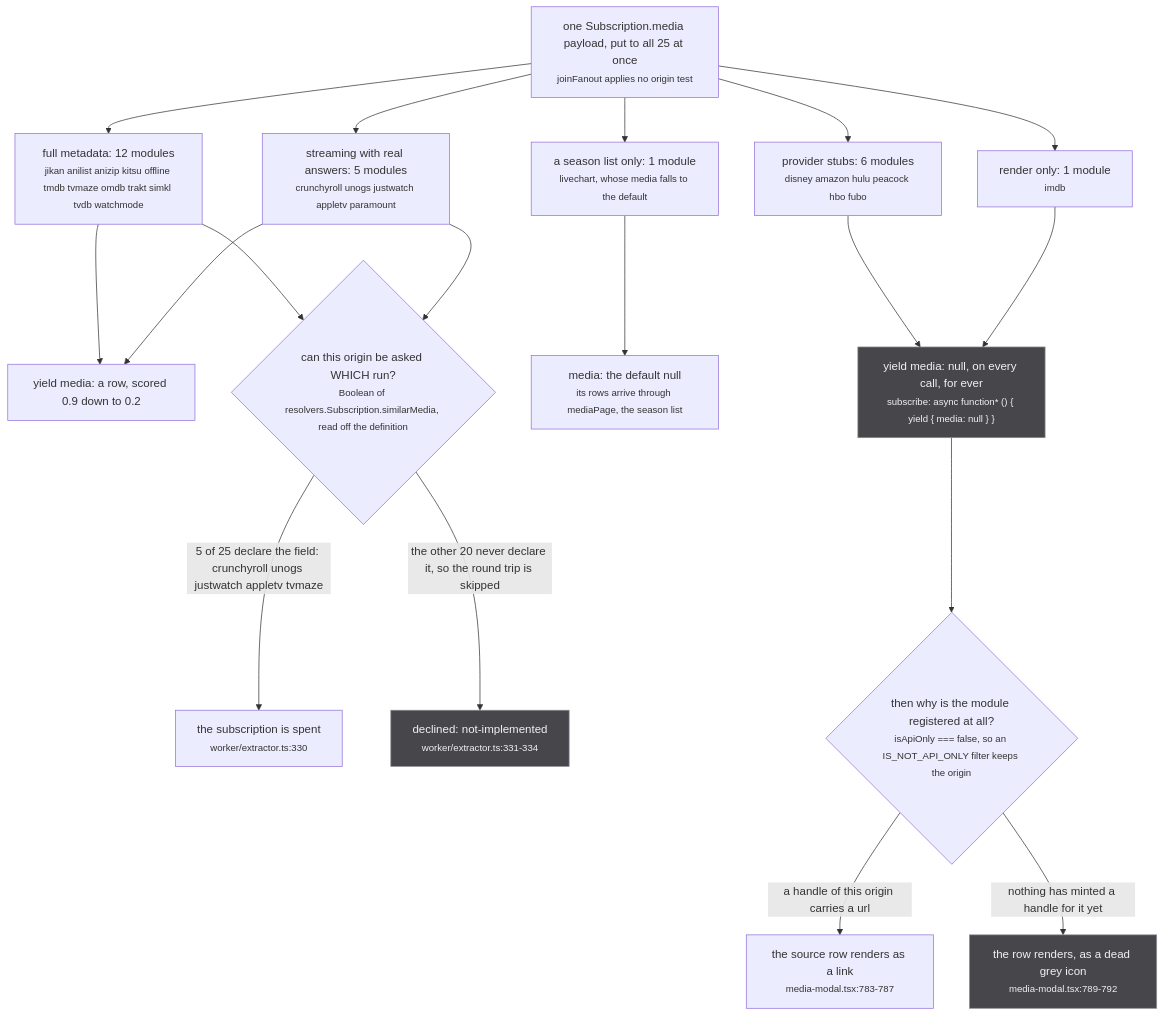
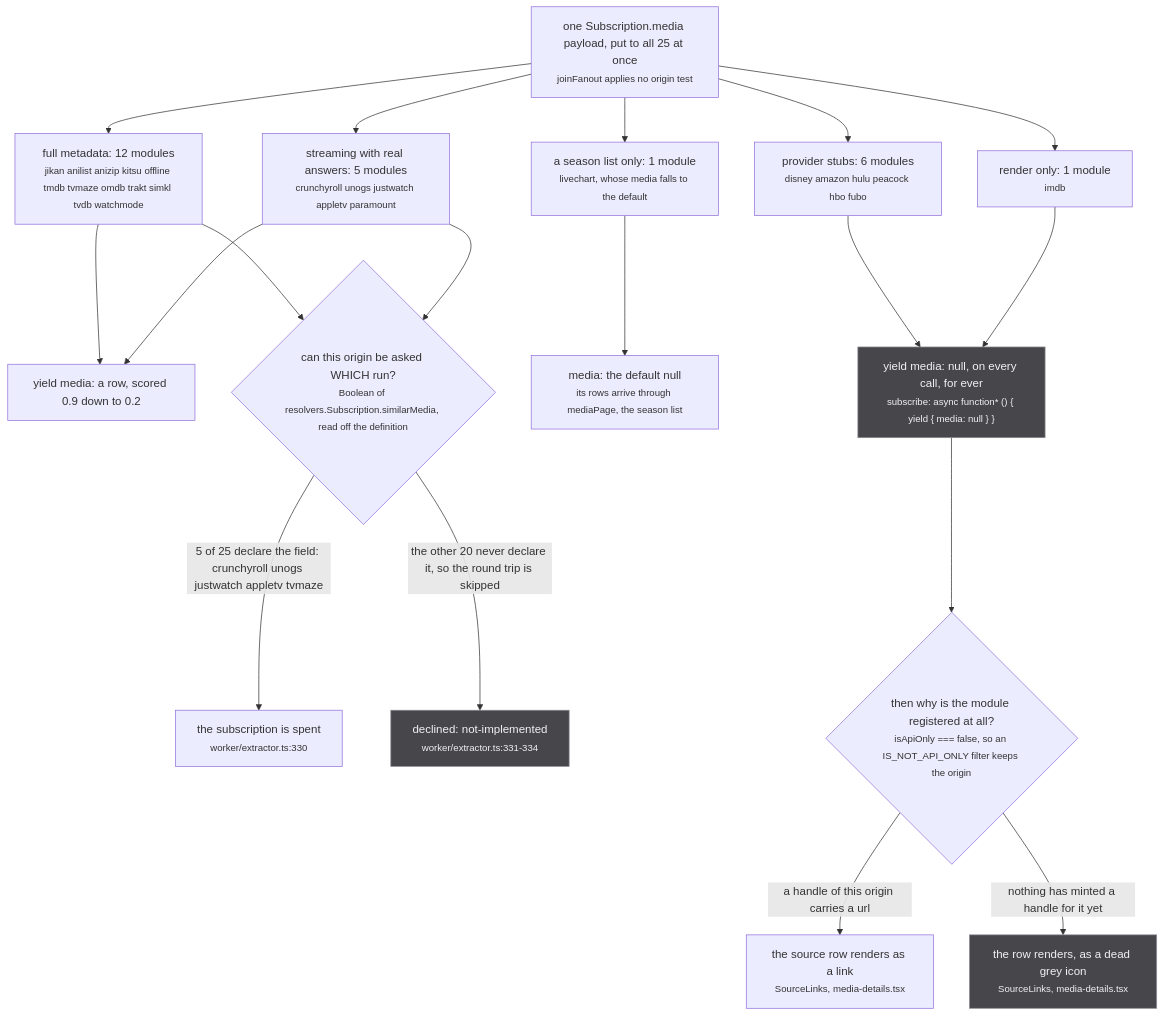
One commit to banou26/stub changed the second of 2 diagrams in docs/src/content/docs/tldr/sources.md. Above: the diagram before and after it, drawn with Mermaid. The commit also changed other lines of this file and 67 other files, not shown here.

````diff
--- a/docs/src/content/docs/tldr/sources.md
+++ b/docs/src/content/docs/tldr/sources.md
@@ -109,26 +109,26 @@
 ```mermaid
 flowchart TD
   P["one Subscription.media payload, put to all 25 at once<br/><small>joinFanout applies no origin test</small>"]
   P --> BM["full metadata: 12 modules<br/><small>jikan anilist anizip kitsu offline tmdb tvmaze omdb trakt simkl tvdb watchmode</small>"]
   P --> BS["streaming with real answers: 5 modules<br/><small>crunchyroll unogs justwatch appletv paramount</small>"]
   P --> BT["provider stubs: 6 modules<br/><small>disney amazon hulu peacock hbo fubo</small>"]
   P --> BI["render only: 1 module<br/><small>imdb</small>"]
   P --> BL["a season list only: 1 module<br/><small>livechart, whose media falls to the default</small>"]
   BM --> ROW["yield media: a row, scored 0.9 down to 0.2"]
   BS --> ROW
   BT --> NUL["yield media: null, on every call, for ever<br/><small>subscribe: async function* () { yield { media: null } }</small>"]
   BI --> NUL
   BL --> LIST["media: the default null<br/><small>its rows arrive through mediaPage, the season list</small>"]
   BM --> DS{"can this origin be asked WHICH run?<br/><small>Boolean of resolvers.Subscription.similarMedia, read off the definition</small>"}
   BS --> DS
   DS -->|"5 of 25 declare the field: crunchyroll unogs justwatch appletv tvmaze"| SIM["the subscription is spent<br/><small>worker/extractor.ts:330</small>"]
   DS -->|"the other 20 never declare it, so the round trip is skipped"| SKIP["declined: not-implemented<br/><small>worker/extractor.ts:331-334</small>"]
   NUL --> DR{"then why is the module registered at all?<br/><small>isApiOnly === false, so an IS_NOT_API_ONLY filter keeps the origin</small>"}
-  DR -->|"a handle of this origin carries a url"| LINK["the source row renders as a link<br/><small>media-modal.tsx:783-787</small>"]
-  DR -->|"nothing has minted a handle for it yet"| GREY["the row renders, as a dead grey icon<br/><small>media-modal.tsx:789-792</small>"]
+  DR -->|"a handle of this origin carries a url"| LINK["the source row renders as a link<br/><small>SourceLinks, media-details.tsx</small>"]
+  DR -->|"nothing has minted a handle for it yet"| GREY["the row renders, as a dead grey icon<br/><small>SourceLinks, media-details.tsx</small>"]
   classDef irrev fill:#b03f33,stroke:#e0796f,color:#ffffff
   classDef ratchet fill:#8f5a0e,stroke:#f2b45c,color:#ffffff
   classDef view fill:#4572b5,stroke:#8db0de,color:#ffffff
   classDef refuse fill:#46464b,stroke:#8b8c93,color:#f2f2f4
   class NUL,SKIP,GREY refuse
 ```
````
